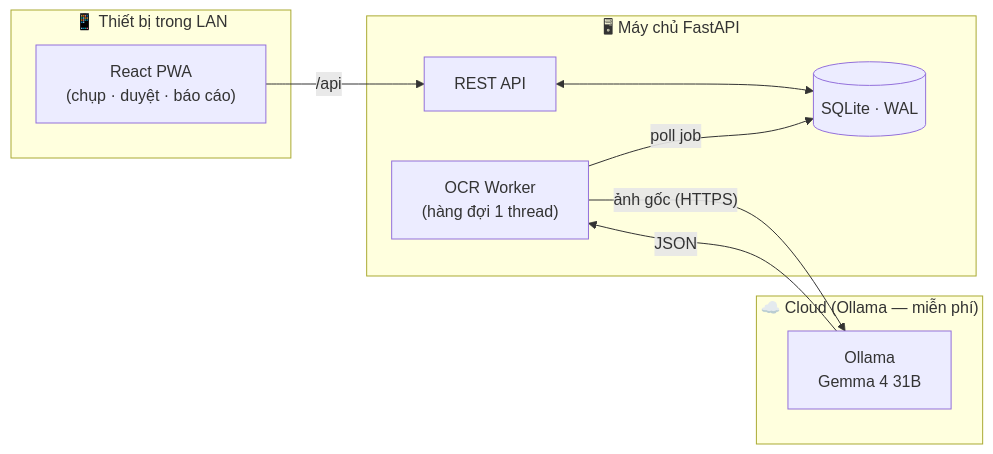
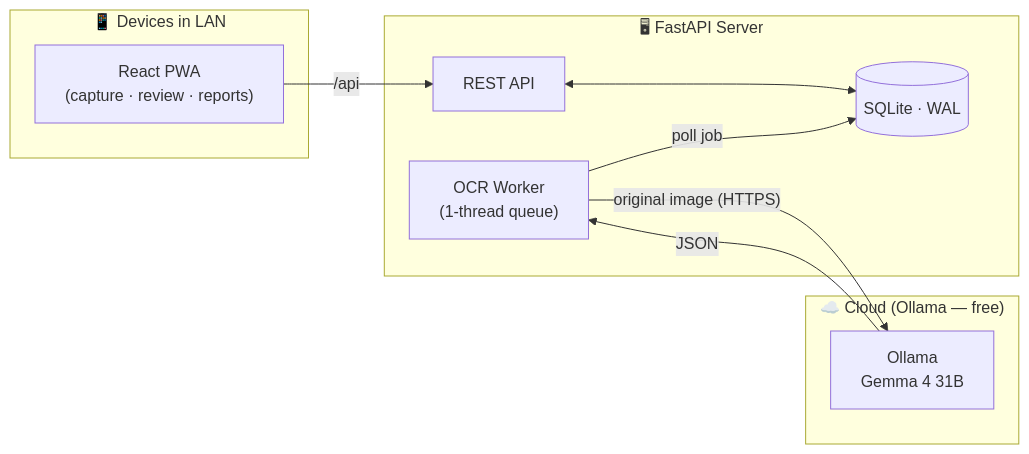
The second of 2 diagrams in README.md (Namdevv/finos_hotel), drawn with Mermaid before and after one commit. The commit also changed other lines of this file and 4 other files, not shown here.

````diff
--- a/README.md
+++ b/README.md
@@ -90,22 +110,22 @@
 ```mermaid
 flowchart LR
-    subgraph Client["📱 Thiết bị trong LAN"]
-        UI["React PWA<br/>(chụp · duyệt · báo cáo)"]
+    subgraph Client["📱 Devices in LAN"]
+        UI["React PWA<br/>(capture · review · reports)"]
     end
 
-    subgraph Server["🖥 Máy chủ FastAPI"]
+    subgraph Server["🖥 FastAPI Server"]
         API["REST API"]
-        Worker["OCR Worker<br/>(hàng đợi 1 thread)"]
+        Worker["OCR Worker<br/>(1-thread queue)"]
         DB[("SQLite · WAL")]
     end
 
-    subgraph Cloud["☁️ Cloud (Ollama — miễn phí)"]
+    subgraph Cloud["☁️ Cloud (Ollama — free)"]
         Ollama["Ollama<br/>Gemma 4 31B"]
     end
 
     UI -- "/api" --> API
     API <--> DB
     Worker -- "poll job" --> DB
-    Worker -- "ảnh gốc (HTTPS)" --> Ollama
+    Worker -- "original image (HTTPS)" --> Ollama
     Ollama -- "JSON" --> Worker
 ```
````
